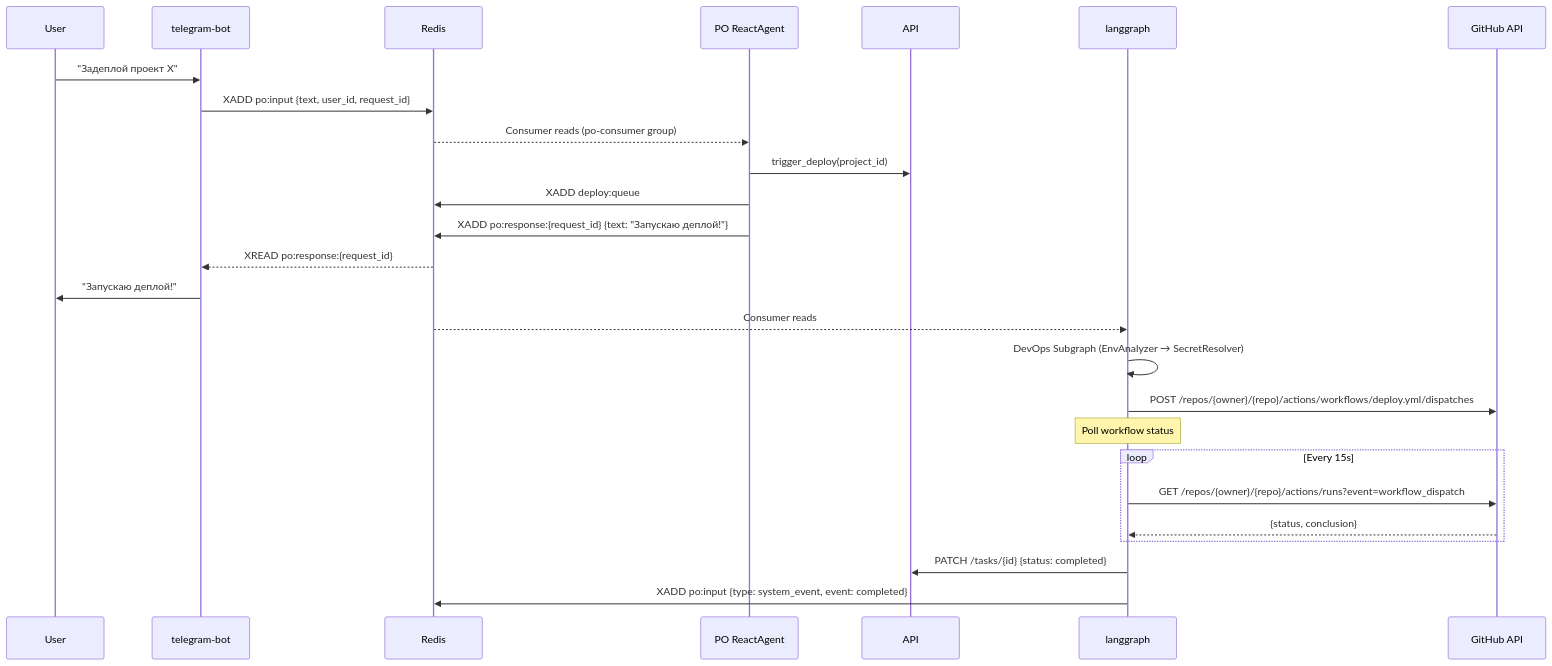
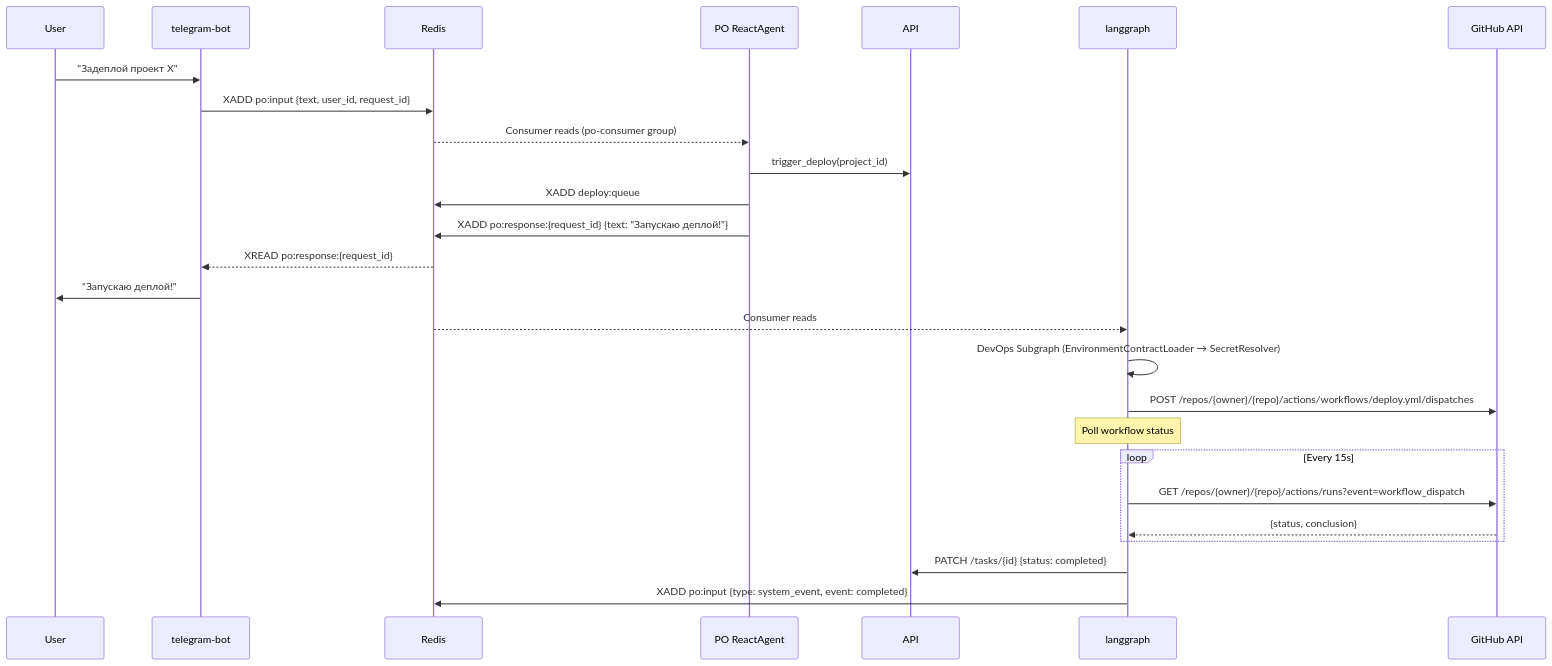
One commit to vladmesh/codegen_orchestrator changed the second of 3 diagrams in docs/CONTRACTS.md. Above: the diagram before and after it, drawn with Mermaid. The commit also changed other lines of this file and 38 other files, not shown here.

````diff
--- a/docs/CONTRACTS.md
+++ b/docs/CONTRACTS.md
@@ -225,29 +225,29 @@
 ```mermaid
 sequenceDiagram
     participant User
     participant TG as telegram-bot
     participant Redis
     participant PO as PO ReactAgent
     participant API
     participant LG as langgraph
     participant GH as GitHub API
 
     User->>TG: "Задеплой проект X"
     TG->>Redis: XADD po:input {text, user_id, request_id}
     Redis-->>PO: Consumer reads (po-consumer group)
     PO->>API: trigger_deploy(project_id)
     PO->>Redis: XADD deploy:queue
     PO->>Redis: XADD po:response:{request_id} {text: "Запускаю деплой!"}
     Redis-->>TG: XREAD po:response:{request_id}
     TG->>User: "Запускаю деплой!"
     Redis-->>LG: Consumer reads
-    LG->>LG: DevOps Subgraph (EnvAnalyzer → SecretResolver)
+    LG->>LG: DevOps Subgraph (EnvironmentContractLoader → SecretResolver)
     LG->>GH: POST /repos/{owner}/{repo}/actions/workflows/deploy.yml/dispatches
     Note over LG: Poll workflow status
     loop Every 15s
         LG->>GH: GET /repos/{owner}/{repo}/actions/runs?event=workflow_dispatch
         GH-->>LG: {status, conclusion}
     end
     LG->>API: PATCH /tasks/{id} {status: completed}
     LG->>Redis: XADD po:input {type: system_event, event: completed}
 ```
````
